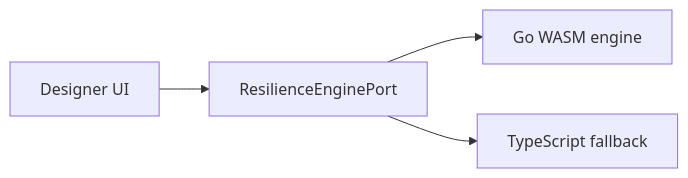
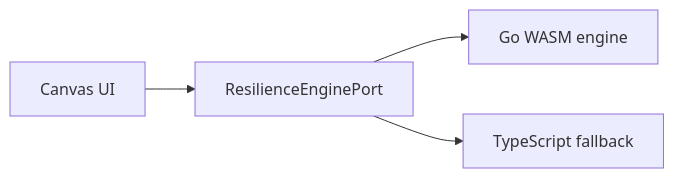
The diagram in docs/ADRs/0005-go-wasm-chaoslens-with-typescript-fallback.md (mzworthington/archlens), drawn with Mermaid before and after one commit. The commit also changed other lines of this file and 622 other files, not shown here.

Commit message:
refactor: rename designer to canvas to align language

````diff
--- a/docs/ADRs/0005-go-wasm-chaoslens-with-typescript-fallback.md
+++ b/docs/ADRs/0005-go-wasm-chaoslens-with-typescript-fallback.md
@@ -39,6 +39,6 @@
 ```mermaid
 flowchart LR
-  UI[Designer UI] --> Port[ResilienceEnginePort]
+  UI[Canvas UI] --> Port[ResilienceEnginePort]
   Port --> Go[Go WASM engine]
   Port --> TS[TypeScript fallback]
 ```
````
